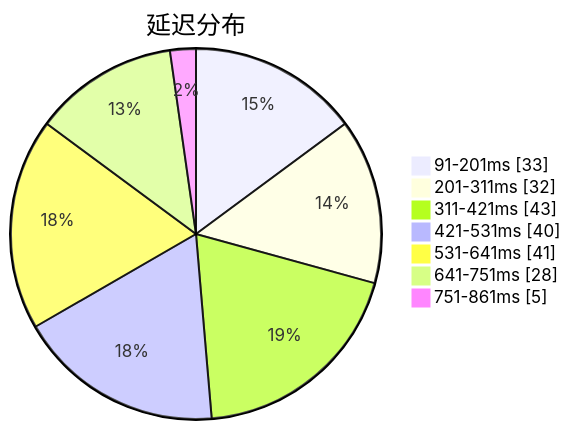
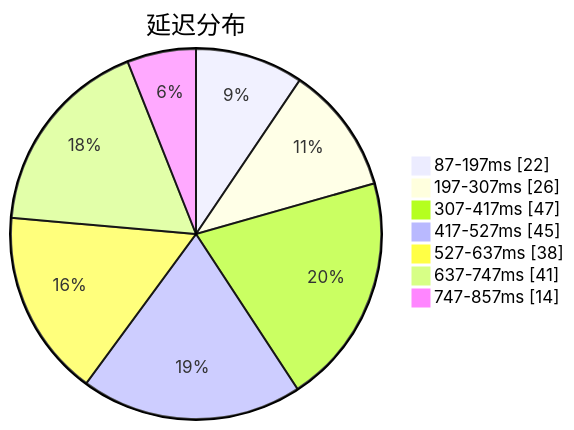
One commit to sinspired/airport changed the first of 3 diagrams in subs/statistics/tested_within.md. Above: the diagram before and after it, drawn with Mermaid. The commit also changed other lines of this file and 2 other files, not shown here.

````diff
--- a/subs/statistics/tested_within.md
+++ b/subs/statistics/tested_within.md
@@ -2,11 +2,11 @@
 ```mermaid
 pie showData
 title 延迟分布
-"91-201ms" : 33
-"201-311ms" : 32
-"311-421ms" : 43
-"421-531ms" : 40
-"531-641ms" : 41
-"641-751ms" : 28
-"751-861ms" : 5
+"87-197ms" : 22
+"197-307ms" : 26
+"307-417ms" : 47
+"417-527ms" : 45
+"527-637ms" : 38
+"637-747ms" : 41
+"747-857ms" : 14
 ```
````
